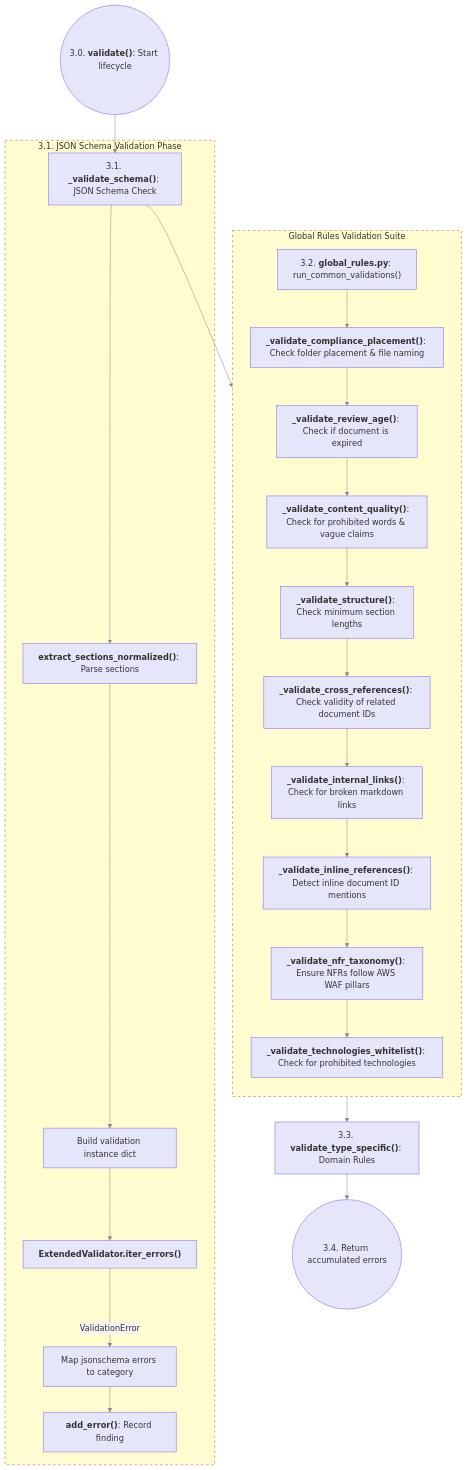
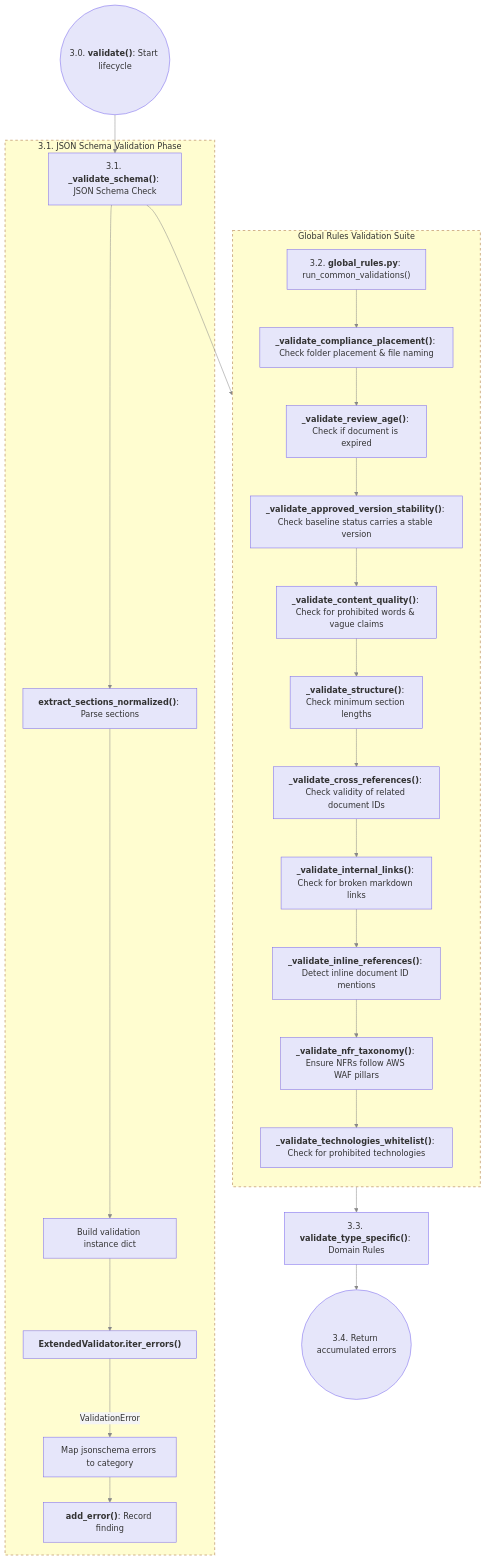
One commit to anshacerbia2/scnehaux-architecture changed the third of 9 diagrams in 06-fitness-function/engine/INDEX.md. Above: the diagram before and after it, drawn with Mermaid. The commit also changed other lines of this file and 8 other files, not shown here.

````diff
--- a/06-fitness-function/engine/INDEX.md
+++ b/06-fitness-function/engine/INDEX.md
@@ -312,29 +313,30 @@
 ```mermaid
 %%{init: {'theme': 'base', 'themeVariables': {'primaryColor': '#e6e6fa', 'primaryTextColor': '#333', 'primaryBorderColor': '#7a67ee', 'lineColor': '#888', 'edgeLabelBackground': '#f4f4f4'}}}%%
 graph TD
     Validate(("3.0. <b>validate()</b>: Start lifecycle")) --> ValidateSchema["3.1. <b>_validate_schema()</b>: JSON Schema Check"]
     ValidateSchema --> GlobalRules["3.2. <b>global_rules.py</b>: run_common_validations()"]
     GlobalRules --> TypeSpecific["3.3. <b>validate_type_specific()</b>: Domain Rules"]
     TypeSpecific --> ReturnErrors(("3.4. Return accumulated errors"))
     subgraph SchemaPhase[3.1. JSON Schema Validation Phase]
     ValidateSchema --> ExtractSections["<b>extract_sections_normalized()</b>: Parse sections"]
     ExtractSections --> BuildDocInstance["Build validation instance dict"]
     BuildDocInstance --> ExecJsonSchema["<b>ExtendedValidator.iter_errors()</b>"]
     ExecJsonSchema -->|ValidationError| MapError["Map jsonschema errors to category"]
     MapError --> AddError["<b>add_error()</b>: Record finding"]
     end
     subgraph GlobalRulesPhase[Global Rules Validation Suite]
     direction TB
     GlobalRules --> ValCompliance["<b>_validate_compliance_placement()</b>: Check folder placement & file naming"]
     ValCompliance --> ValRevAge["<b>_validate_review_age()</b>: Check if document is expired"]
-    ValRevAge --> ValContent["<b>_validate_content_quality()</b>: Check for prohibited words & vague claims"]
+    ValRevAge --> ValVerStab["<b>_validate_approved_version_stability()</b>: Check baseline status carries a stable version"]
+    ValVerStab --> ValContent["<b>_validate_content_quality()</b>: Check for prohibited words & vague claims"]
     ValContent --> ValStruct["<b>_validate_structure()</b>: Check minimum section lengths"]
     ValStruct --> ValCross["<b>_validate_cross_references()</b>: Check validity of related document IDs"]
     ValCross --> ValInternal["<b>_validate_internal_links()</b>: Check for broken markdown links"]
     ValInternal --> ValInline["<b>_validate_inline_references()</b>: Detect inline document ID mentions"]
     ValInline --> ValNFR["<b>_validate_nfr_taxonomy()</b>: Ensure NFRs follow AWS WAF pillars"]
     ValNFR --> ValTech["<b>_validate_technologies_whitelist()</b>: Check for prohibited technologies"]
     end
     style SchemaPhase fill:#fffdd0,stroke:#d2b48c,stroke-width:2px,color:#333,stroke-dasharray: 5 5
     style GlobalRulesPhase fill:#fffdd0,stroke:#d2b48c,stroke-width:2px,color:#333,stroke-dasharray: 5 5
 ```
````
